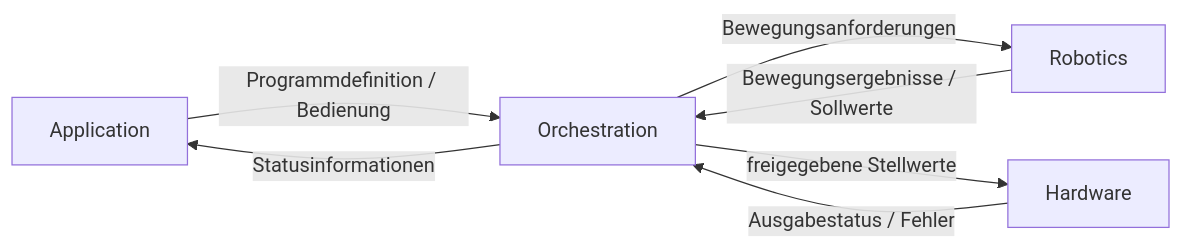
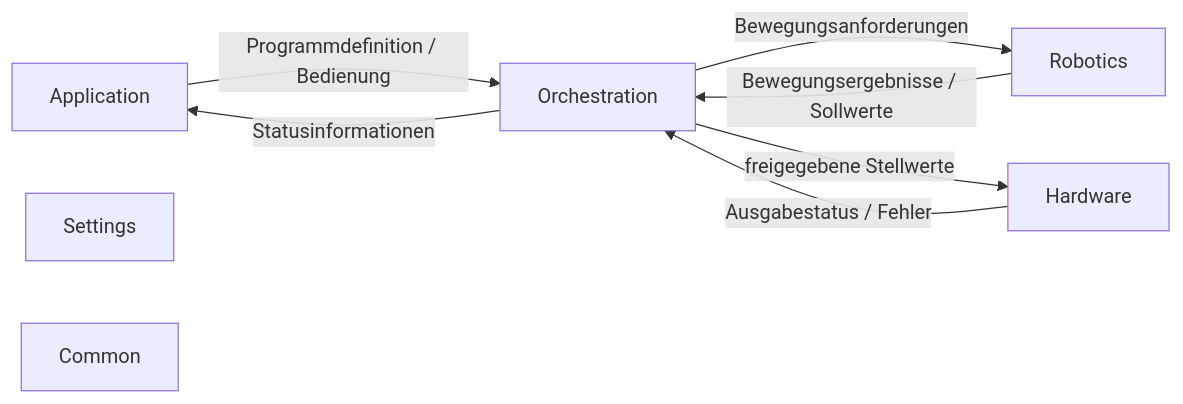
One commit to butz1999/inverse_kinematik changed the first of 7 diagrams in doc/projektbeschreibung.md. Above: the diagram before and after it, drawn with Mermaid. The commit also changed 14 other files, not shown here.

````diff
--- a/doc/projektbeschreibung.md
+++ b/doc/projektbeschreibung.md
@@ -461,14 +461,16 @@
 ```mermaid
 flowchart LR
     A[Application]
     B[Orchestration]
     C[Robotics]
     D[Hardware]
+    E[Settings]
+    F[Common]
 
     A -->|Programmdefinition / Bedienung| B
     B -->|Bewegungsanforderungen| C
     C -->|Bewegungsergebnisse / Sollwerte| B
     B -->|freigegebene Stellwerte| D
     D -->|Ausgabestatus / Fehler| B
     B -->|Statusinformationen| A
 ```
````
